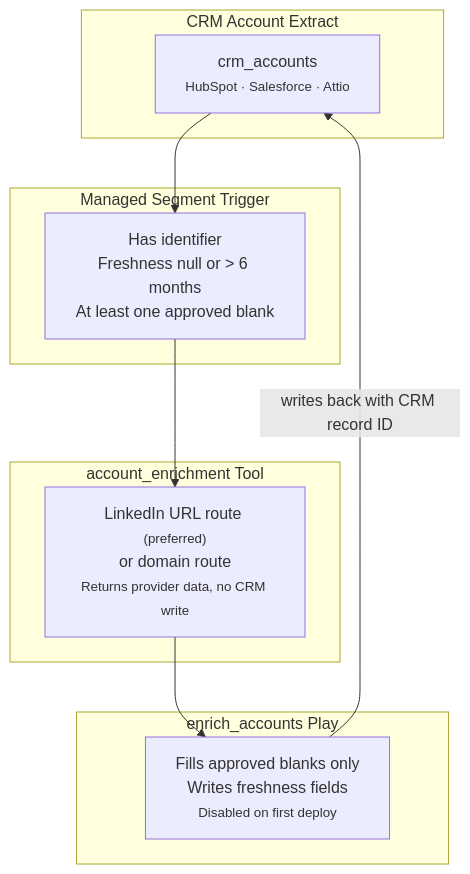
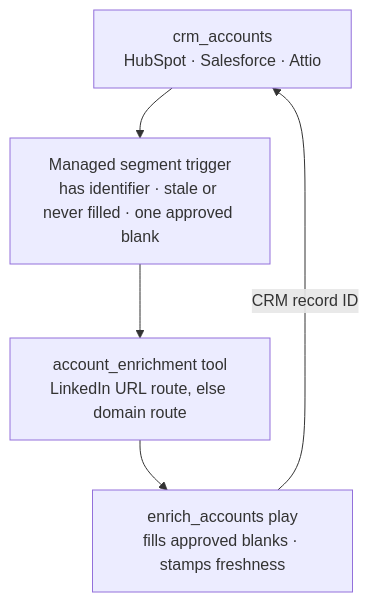
Before and after one commit to getcargohq/gtm-skills: the diagram in crm-enrichment/README.md, drawn with Mermaid. The commit also changed other lines of this file, not shown here.

Commit message:
docs: tighten crm-enrichment README prose

````diff
--- a/crm-enrichment/README.md
+++ b/crm-enrichment/README.md
@@ -25,23 +21,10 @@
 ```mermaid
 flowchart TD
-    subgraph CRM["CRM Account Extract"]
-        model["crm_accounts<br/><small>HubSpot · Salesforce · Attio</small>"]
-    end
+    model["crm_accounts<br/>HubSpot · Salesforce · Attio"]
+    filter["Managed segment trigger<br/>has identifier · stale or never filled · one approved blank"]
+    enrich["account_enrichment tool<br/>LinkedIn URL route, else domain route"]
+    write["enrich_accounts play<br/>fills approved blanks · stamps freshness"]
 
-    subgraph Trigger["Managed Segment Trigger"]
-        filter["Has identifier<br/>Freshness null or > 6 months<br/>At least one approved blank"]
-    end
-
-    subgraph Tool["account_enrichment Tool"]
-        enrich["LinkedIn URL route <small>(preferred)</small><br/>or domain route<br/><small>Returns provider data, no CRM write</small>"]
-    end
-
-    subgraph Play["enrich_accounts Play"]
-        write["Fills approved blanks only<br/>Writes freshness fields<br/><small>Disabled on first deploy</small>"]
-    end
-
-    model --> filter
-    filter --> enrich
-    enrich --> write
-    write -->|"writes back with CRM record ID"| model
+    model --> filter --> enrich --> write
+    write -->|CRM record ID| model
 ```
````
